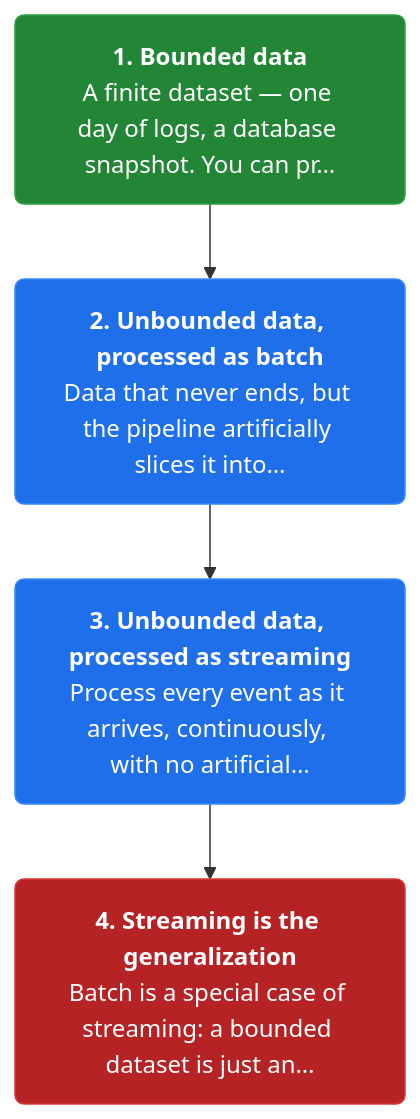
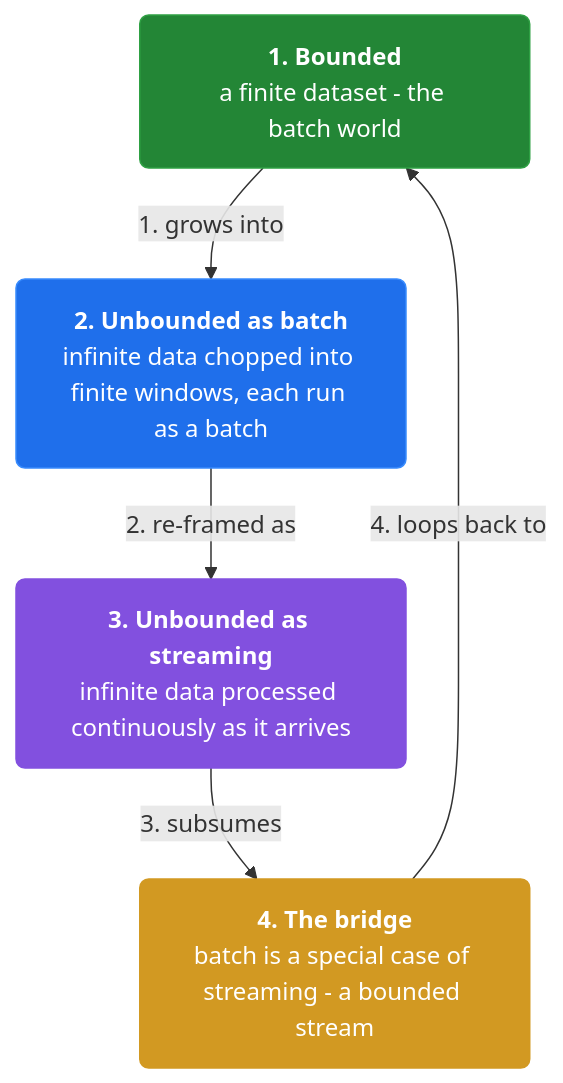
One commit to vinayakuber/streaming-systems-study-guide changed the third of 19 diagrams in docs/ch01-streaming-101.md. Above: the diagram before and after it, drawn with Mermaid. The commit also changed other lines of this file and 12 other files, not shown here.

First line of the commit message:
Author per-section and per-card mermaid diagrams (110 diagrams)

````diff
--- a/docs/ch01-streaming-101.md
+++ b/docs/ch01-streaming-101.md
@@ -75,13 +87,16 @@
 ```mermaid
 flowchart TD
-  classDef step fill:#1f6feb,color:#ffffff,stroke:#388bfd,stroke-width:1px,rx:6
+  classDef step fill:#1f6feb,color:#ffffff,stroke:#388bfd,rx:6
+  classDef core fill:#8250df,color:#ffffff,stroke:#8250df,rx:6
+  classDef warn fill:#d29922,color:#ffffff,stroke:#d29922,rx:6
   classDef start fill:#238636,color:#ffffff,stroke:#2ea043,rx:6
   classDef stop fill:#b62324,color:#ffffff,stroke:#da3633,rx:6
-  s2n0["<b>1. Bounded data</b><br/>A finite dataset — one day of logs, a database snapshot. You can pr…"]:::start
-  s2n1["<b>2. Unbounded data, processed as batch</b><br/>Data that never ends, but the pipeline artificially slices it into…"]:::step
-  s2n2["<b>3. Unbounded data, processed as streaming</b><br/>Process every event as it arrives, continuously, with no artificial…"]:::step
-  s2n3["<b>4. Streaming is the generalization</b><br/>Batch is a special case of streaming: a bounded dataset is just an…"]:::stop
-  s2n0 --> s2n1
-  s2n1 --> s2n2
-  s2n2 --> s2n3
+  n0["<b>1. Bounded</b><br/>a finite dataset - the batch world"]:::start
+  n1["<b>2. Unbounded as batch</b><br/>infinite data chopped into finite windows, each run as a batch"]:::step
+  n2["<b>3. Unbounded as streaming</b><br/>infinite data processed continuously as it arrives"]:::core
+  n3["<b>4. The bridge</b><br/>batch is a special case of streaming - a bounded stream"]:::warn
+  n0 -->|"1. grows into"| n1
+  n1 -->|"2. re-framed as"| n2
+  n2 -->|"3. subsumes"| n3
+  n3 -->|"4. loops back to"| n0
 ```
````
